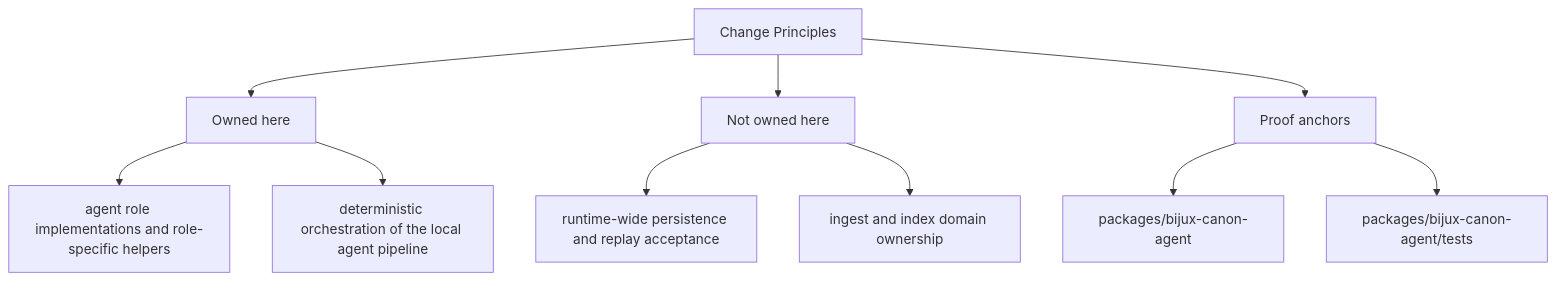
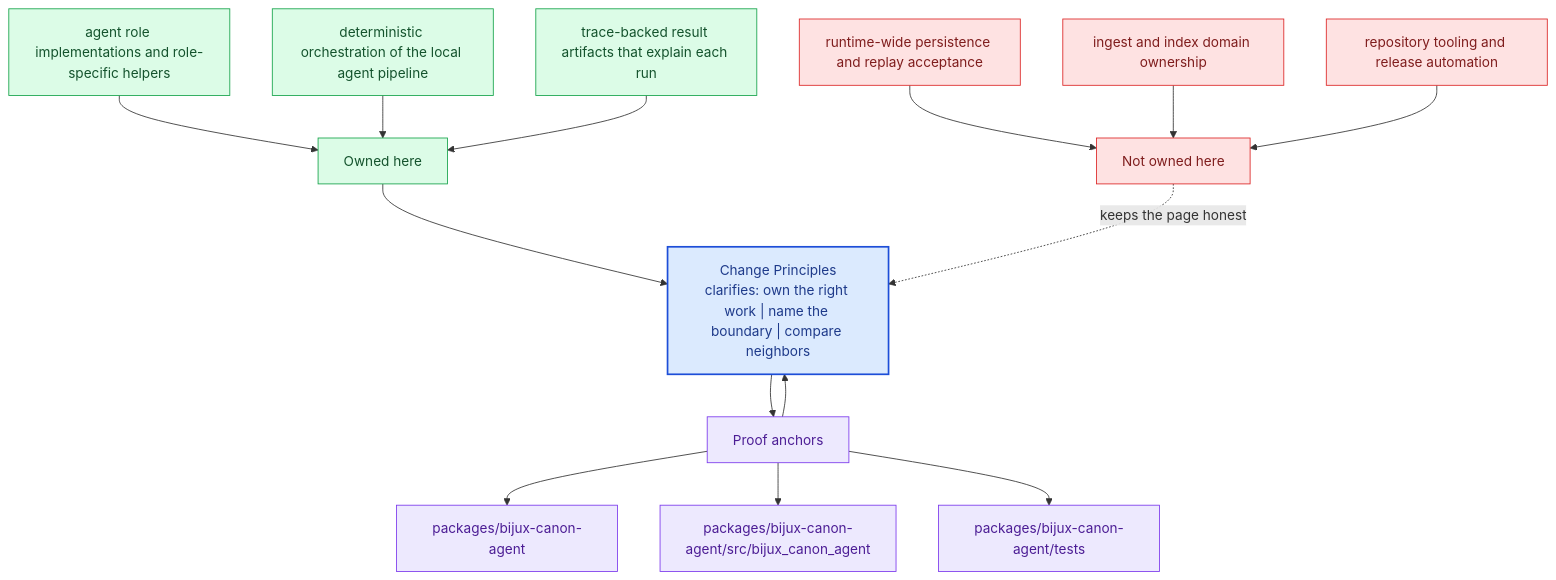
The second of 2 diagrams in docs/bijux-canon-agent/foundation/change-principles.md (bijux/bijux-canon), drawn with Mermaid before and after one commit. The commit also changed other lines of this file and 281 other files, not shown here.

Commit message:
docs(diagrams): deepen handbook mermaid maps across the catalog

````diff
--- a/docs/bijux-canon-agent/foundation/change-principles.md
+++ b/docs/bijux-canon-agent/foundation/change-principles.md
@@ -36,22 +69,40 @@
 ```mermaid
-flowchart TD
-    page["Change Principles"]
+flowchart TB
+    promise["Change Principles<br/>clarifies: own the right work | name the boundary | compare neighbors"]
+    classDef promise fill:#dbeafe,stroke:#1d4ed8,color:#1e3a8a,stroke-width:2px;
+    classDef driver fill:#dcfce7,stroke:#16a34a,color:#14532d;
+    classDef constraint fill:#fee2e2,stroke:#dc2626,color:#7f1d1d;
+    classDef ground fill:#ede9fe,stroke:#7c3aed,color:#4c1d95;
     focus1["Owned here"]
-    page --> focus1
+    focus1 --> promise
     focus1_1["agent role implementations and role-specific helpers"]
-    focus1 --> focus1_1
+    focus1_1 --> focus1
     focus1_2["deterministic orchestration of the local agent pipeline"]
-    focus1 --> focus1_2
+    focus1_2 --> focus1
+    focus1_3["trace-backed result artifacts that explain each run"]
+    focus1_3 --> focus1
+    class focus1 driver;
+    class focus1_1,focus1_2,focus1_3 driver;
     focus2["Not owned here"]
-    page --> focus2
+    focus2 -.keeps the page honest.-> promise
     focus2_1["runtime-wide persistence and replay acceptance"]
-    focus2 --> focus2_1
+    focus2_1 --> focus2
     focus2_2["ingest and index domain ownership"]
-    focus2 --> focus2_2
+    focus2_2 --> focus2
+    focus2_3["repository tooling and release automation"]
+    focus2_3 --> focus2
+    class focus2 constraint;
+    class focus2_1,focus2_2,focus2_3 constraint;
     focus3["Proof anchors"]
-    page --> focus3
+    focus3 --> promise
+    promise --> focus3
     focus3_1["packages/bijux-canon-agent"]
     focus3 --> focus3_1
-    focus3_2["packages/bijux-canon-agent/tests"]
+    focus3_2["packages/bijux-canon-agent/src/bijux_canon_agent"]
     focus3 --> focus3_2
+    focus3_3["packages/bijux-canon-agent/tests"]
+    focus3 --> focus3_3
+    class focus3 ground;
+    class focus3_1,focus3_2,focus3_3 ground;
+    class promise promise;
 ```
````
